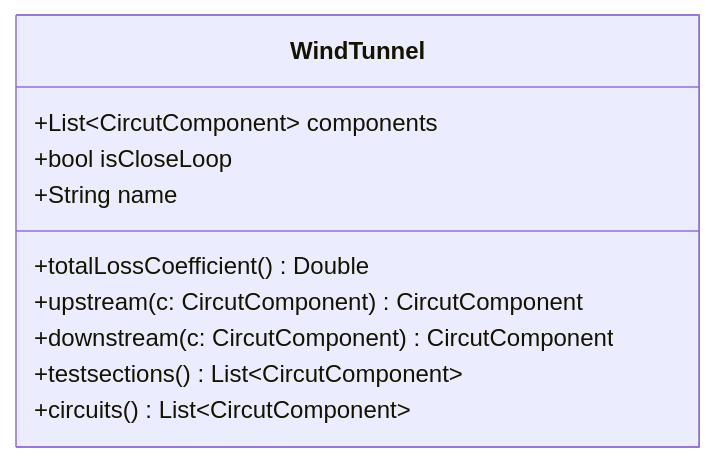
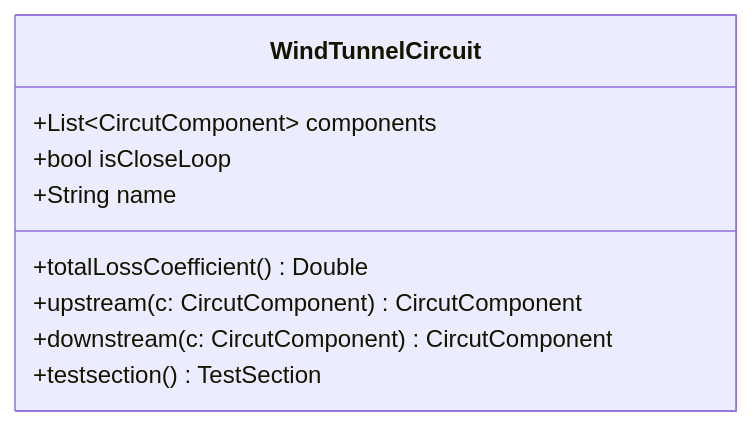
Before and after one commit to qchen-fdii-cardc/wtd-dsl: the fourth of 8 diagrams in Readme.md, drawn with Mermaid. The commit also changed other lines of this file, not shown here.

````diff
--- a/Readme.md
+++ b/Readme.md
@@ -231,14 +231,13 @@
 ```mermaid
 classDiagram
 
-class WindTunnel {
+class WindTunnelCircuit {
     +List~CircutComponent~ components
     +bool isCloseLoop
     +String name
     +totalLossCoefficient() Double
     +upstream(c: CircutComponent) CircutComponent
     +downstream(c: CircutComponent) CircutComponent   
-    +testsections() List~CircutComponent~
-    +circuits() List~CircutComponent~
+    +testsection() TestSection
 }
 ```
````
